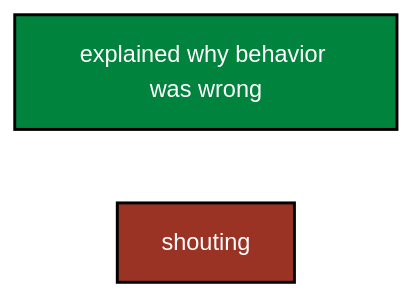
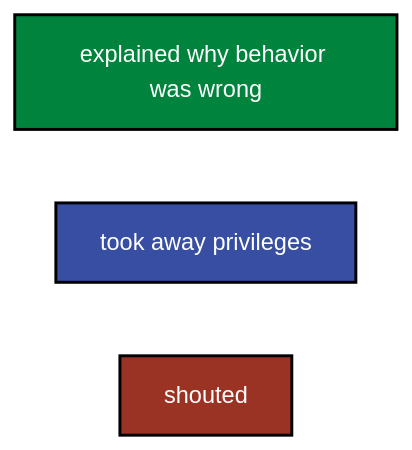
The diagram in global-perspectives/diagram.md (agrogan1/closeread), drawn with Mermaid (forest theme) before and after one commit.

````diff
--- a/global-perspectives/diagram.md
+++ b/global-perspectives/diagram.md
@@ -1,18 +1,20 @@
   ```mermaid
 flowchart LR
 
   classDef yellow fill:#FFC20E,stroke:#000000,stroke-width:2px,color:#000000;
   
   classDef blue fill:#374EA2,stroke:#000000,stroke-width:2px,color:#FFFFFF;
   
   classDef green fill:#00833D,stroke:#000000,stroke-width:2px,color:#FFFFFF;
   
   classDef orange fill:#D86018,stroke:#000000,stroke-width:2px,color:#FFFFFF;
   
   classDef red fill:#9A3324,stroke:#000000,stroke-width:2px,color:#FFFFFF;
 
-  explained[explained why behavior was wrong]:::green 
+  explained[explained why behavior was wrong]:::green
+
+  privileges[took away privileges]:::blue
   
-  shouting:::red
+  shouted:::red
   
 ```
````
